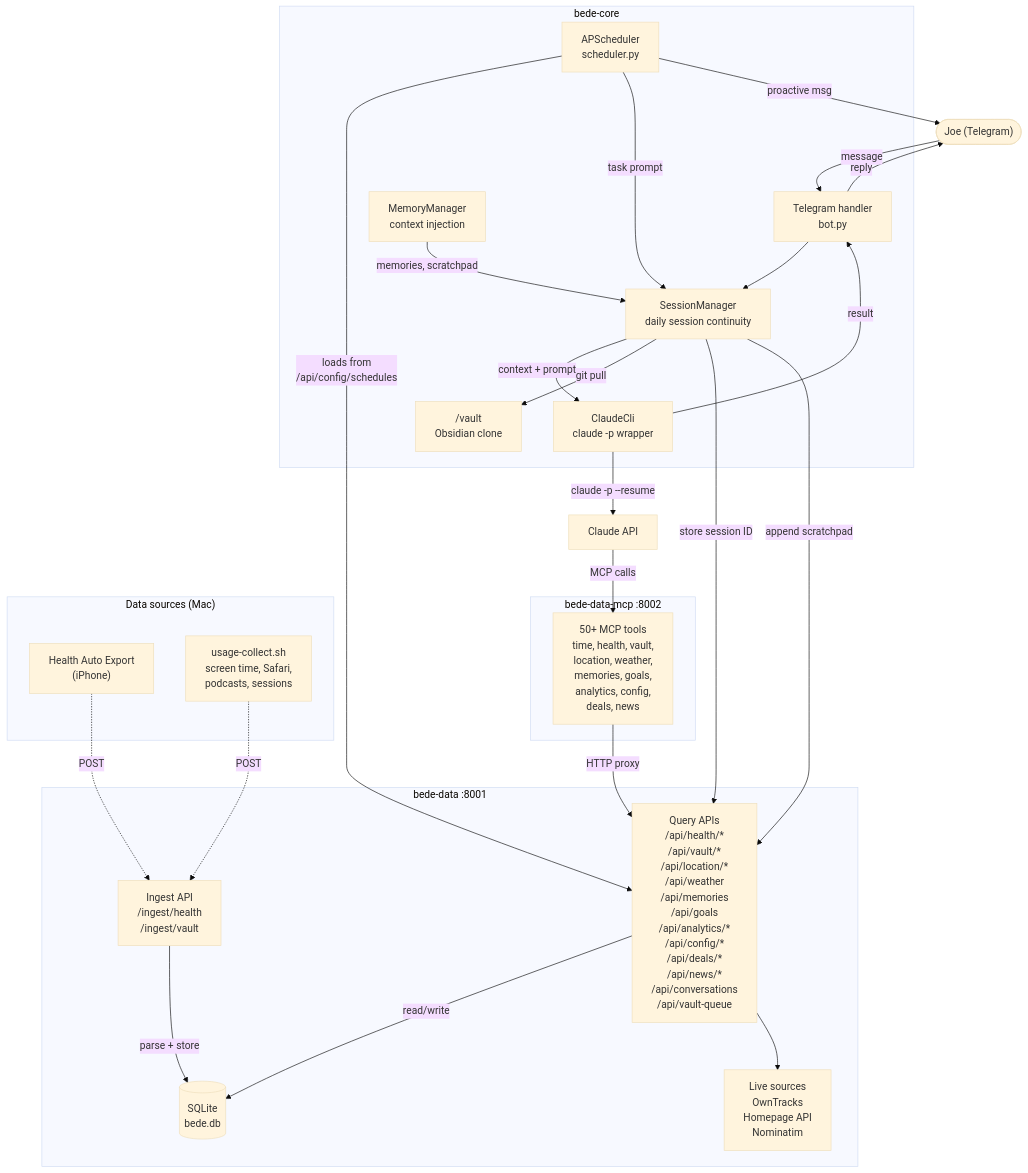
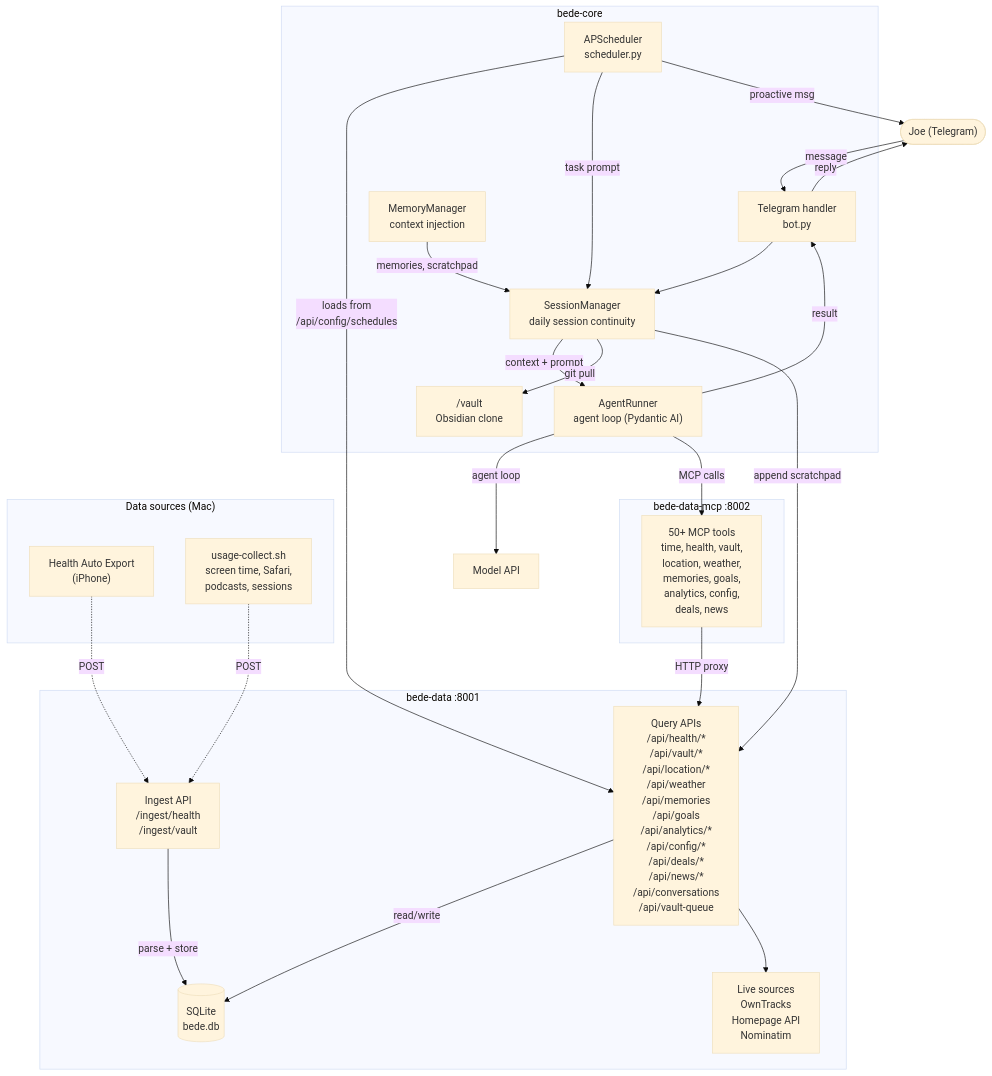
The second of 3 diagrams in ARCHITECTURE.md (josephradford/bede), drawn with Mermaid (base theme) before and after one commit. The commit also changed other lines of this file and 9 other files, not shown here.

Commit message:
feat(bede-core): add eval harness, drop Claude CLI from the image, update docs

````diff
--- a/ARCHITECTURE.md
+++ b/ARCHITECTURE.md
@@ -113,8 +113,8 @@
         scheduler.py"]
         session["SessionManager
         daily session continuity"]
-        cli["ClaudeCli
-        claude -p wrapper"]
+        cli["AgentRunner
+        agent loop (Pydantic AI)"]
         memory["MemoryManager
         context injection"]
         vault["/vault
@@ -171,8 +171,8 @@
     sched -- "loads from\n/api/config/schedules" --> api
     sched -- "task prompt" --> session
 
-    cli -- "claude -p --resume" --> Claude["Claude API"]
-    Claude -- "MCP calls" --> tools
+    cli -- "agent loop" --> Model["Model API"]
+    cli -- "MCP calls" --> tools
     tools -- "HTTP proxy" --> api
 
     api -- "read/write" --> sqlite
@@ -186,6 +186,5 @@
     bot -- "reply" --> User
     sched -- "proactive msg" --> User
 
-    session -- "store session ID" --> api
     session -- "append scratchpad" --> api
 ```
````
